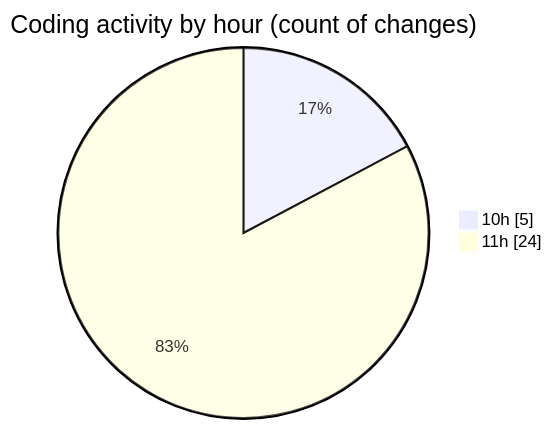
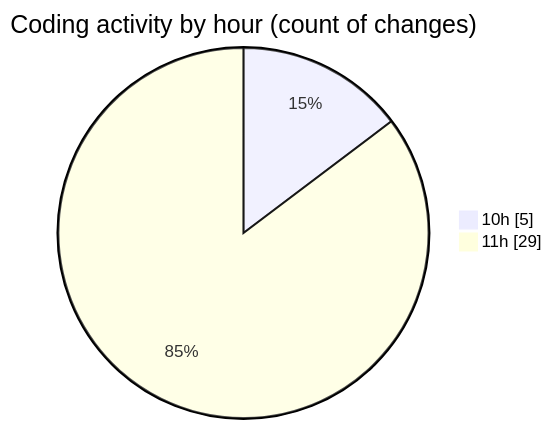
Before and after one commit to momahboobian/code-tracking: the second of 2 diagrams in 2025-06-17/cda/README.md, drawn with Mermaid. The commit also changed other lines of this file and 1 other file, not shown here.

````diff
--- a/2025-06-17/cda/README.md
+++ b/2025-06-17/cda/README.md
@@ -29,6 +29,6 @@
 ```mermaid
 pie showData
 title Coding activity by hour (count of changes)
 "10h" : 5
-"11h" : 24
+"11h" : 29
 ```
````
